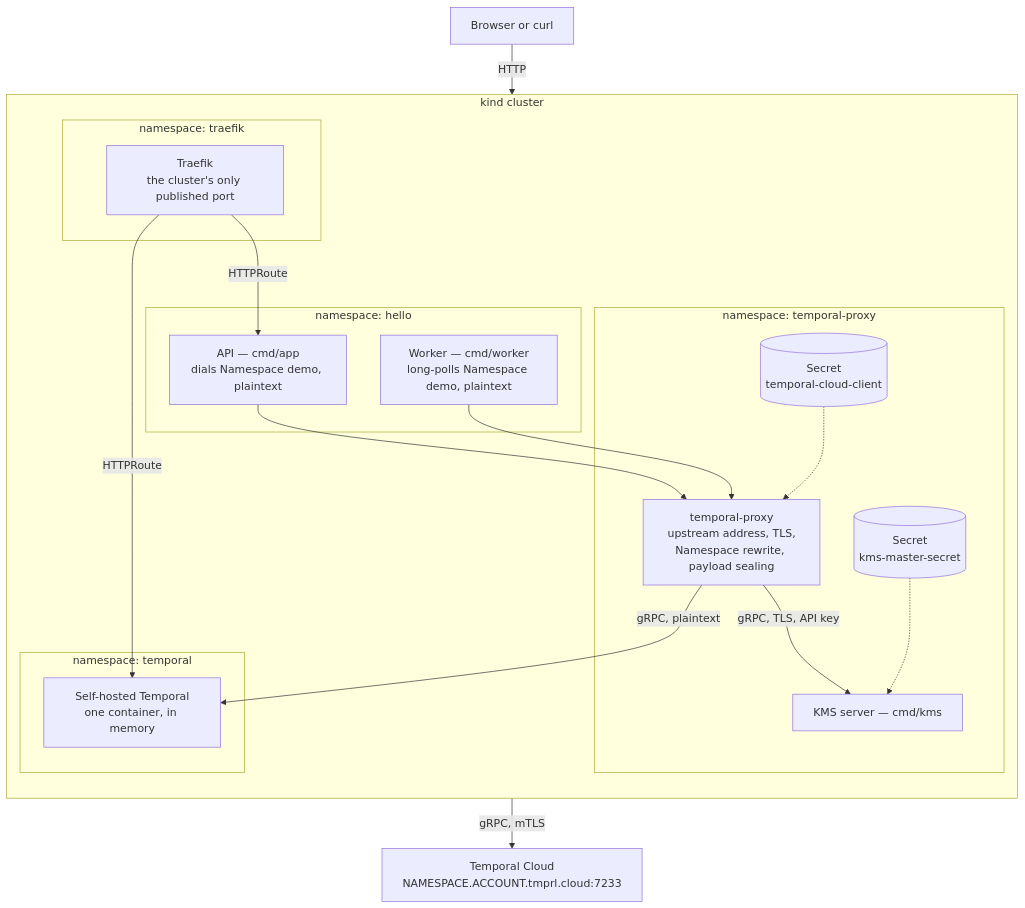
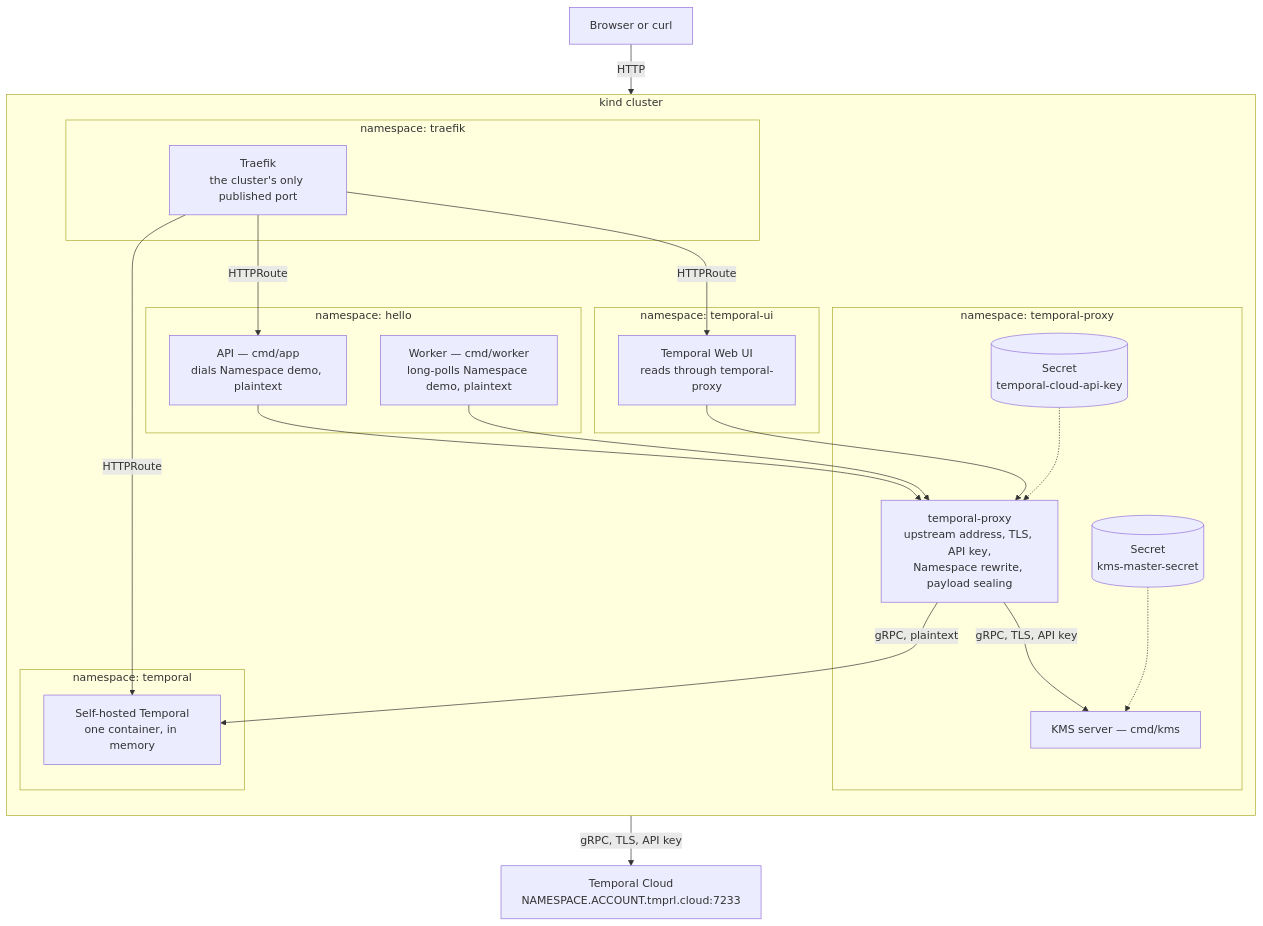
One commit to alexandreroman/temporal-proxy-demo changed the diagram in README.md. Above: the diagram before and after it, drawn with Mermaid. The commit also changed other lines of this file and 28 other files, not shown here.

````diff
--- a/README.md
+++ b/README.md
@@ -30,40 +29,46 @@
 ```mermaid
 flowchart TB
     client["Browser or curl"]
     cloud["Temporal Cloud<br/>NAMESPACE.ACCOUNT.tmprl.cloud:7233"]
 
     subgraph kind["kind cluster"]
         direction TB
 
         subgraph ns_traefik["namespace: traefik"]
             traefik["Traefik<br/>the cluster's only published port"]
         end
 
         subgraph ns_hello["namespace: hello"]
             api["API — cmd/app<br/>dials Namespace demo, plaintext"]
             worker["Worker — cmd/worker<br/>long-polls Namespace demo, plaintext"]
         end
 
         subgraph ns_proxy["namespace: temporal-proxy"]
-            proxy["temporal-proxy<br/>upstream address, TLS,<br/>Namespace rewrite, payload sealing"]
+            proxy["temporal-proxy<br/>upstream address, TLS, API key,<br/>Namespace rewrite, payload sealing"]
             kms["KMS server — cmd/kms"]
-            cert[("Secret<br/>temporal-cloud-client")]
+            apikey[("Secret<br/>temporal-cloud-api-key")]
             master[("Secret<br/>kms-master-secret")]
         end
 
         subgraph ns_temporal["namespace: temporal"]
             selfhosted["Self-hosted Temporal<br/>one container, in memory"]
         end
+
+        subgraph ns_ui["namespace: temporal-ui"]
+            ui["Temporal Web UI<br/>reads through temporal-proxy"]
+        end
     end
 
     client -->|HTTP| traefik
     traefik -->|HTTPRoute| api
     traefik -->|HTTPRoute| selfhosted
+    traefik -->|HTTPRoute| ui
     api --> proxy
     worker --> proxy
+    ui --> proxy
     proxy -->|"gRPC, TLS, API key"| kms
-    proxy -->|"gRPC, mTLS"| cloud
+    proxy -->|"gRPC, TLS, API key"| cloud
     proxy -->|"gRPC, plaintext"| selfhosted
-    cert -.-> proxy
+    apikey -.-> proxy
     master -.-> kms
 ```
````
